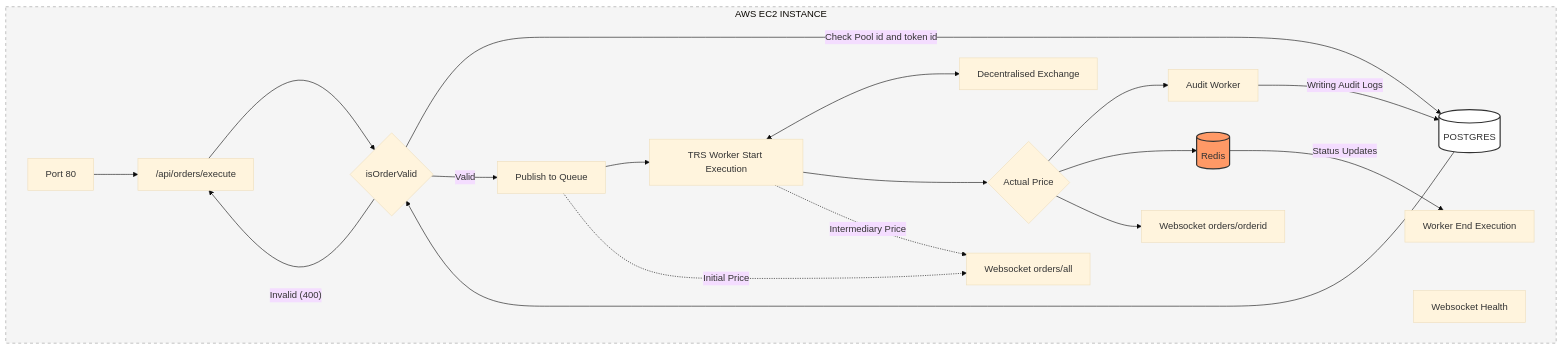
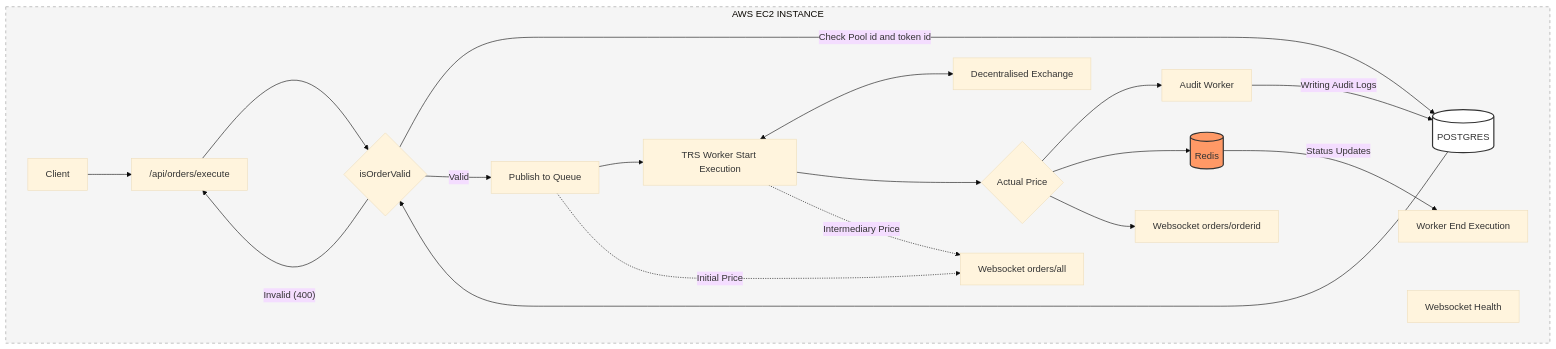
The diagram in README.md (ishandwade/eternalabs-order-execution-engine), drawn with Mermaid (base theme) before and after one commit.

````diff
--- a/README.md
+++ b/README.md
@@ -86,44 +86,44 @@
 ```mermaid
 flowchart TD
     subgraph AWS_EC2_Instance [AWS EC2 INSTANCE]
-        Client[Port 80] --> API["/api/orders/execute"]
+        Client[Client] --> API["/api/orders/execute"]
         
         API --> Req{isOrderValid}
         
         %% Validation Logic
         Req -- "Check Pool id and token id" --> Postgres[(POSTGRES)]
         Postgres --> Req
         Req -- "Invalid (400)" --> API
         
         %% Valid Path
         Req -- Valid --> PubQueue[Publish to Queue]
         
         %% Execution Flow
         PubQueue --> TRS[TRS Worker Start Execution]
         TRS <--> DEX[Decentralised Exchange]
         
         TRS --> ActualPrice{Actual Price}
         
         %% Data Feed & Updates
         ActualPrice --> AuditWorker[Audit Worker]
         ActualPrice --> Redis[(Redis)]
         ActualPrice --> WebSocketID[Websocket orders/orderid]
         
         %% Workers & External Feeds
         AuditWorker -- Writing Audit Logs --> Postgres
         Redis -- Status Updates --> WorkerEnd[Worker End Execution]
         
         %% Side Observability
         WS_Health[Websocket Health]
         WS_All[Websocket orders/all]
         
         %% Price Labels (Representing data flow states)
         PubQueue -.->|Initial Price| WS_All
         TRS -.->|Intermediary Price| WS_All
     end
 
     %% Styling
     style Redis fill:#f96,stroke:#333,stroke-width:2px
     style Postgres fill:#fff,stroke:#333,stroke-width:2px
     style AWS_EC2_Instance fill:#f5f5f5,stroke:#999,stroke-dasharray: 5 5
 ```
````
